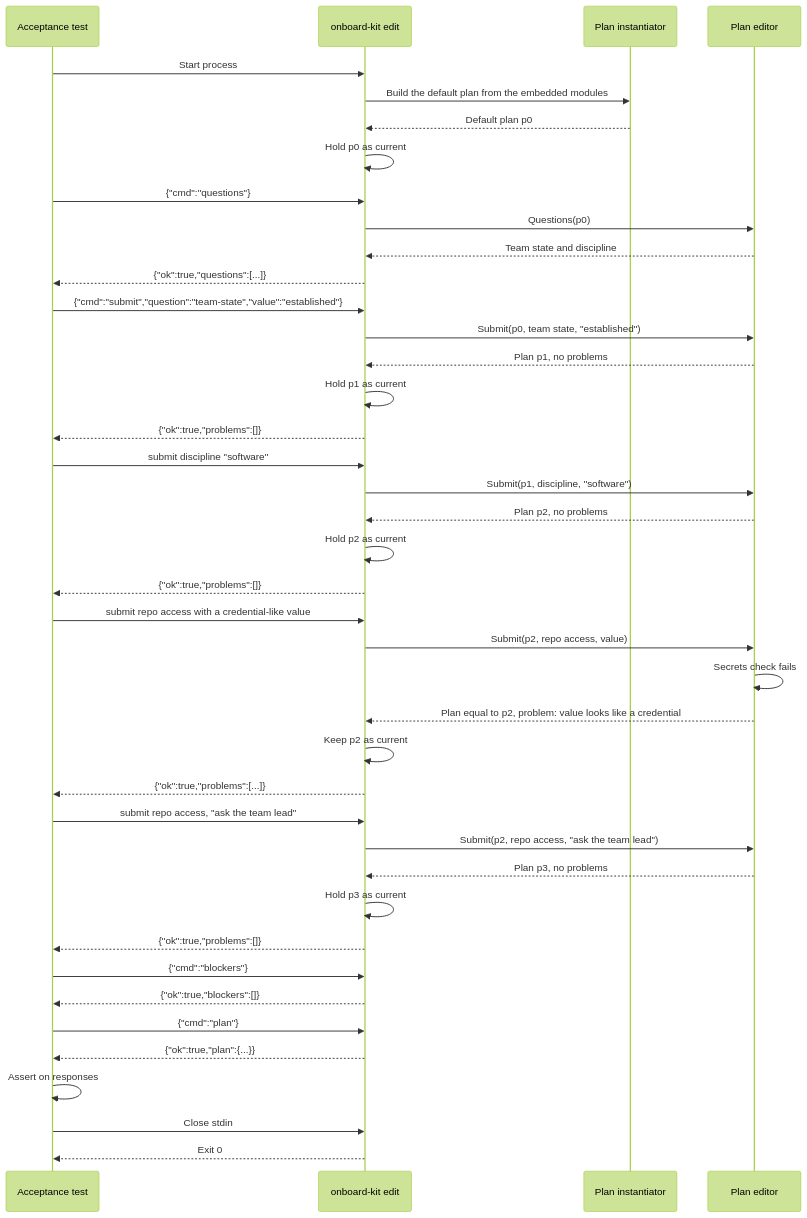
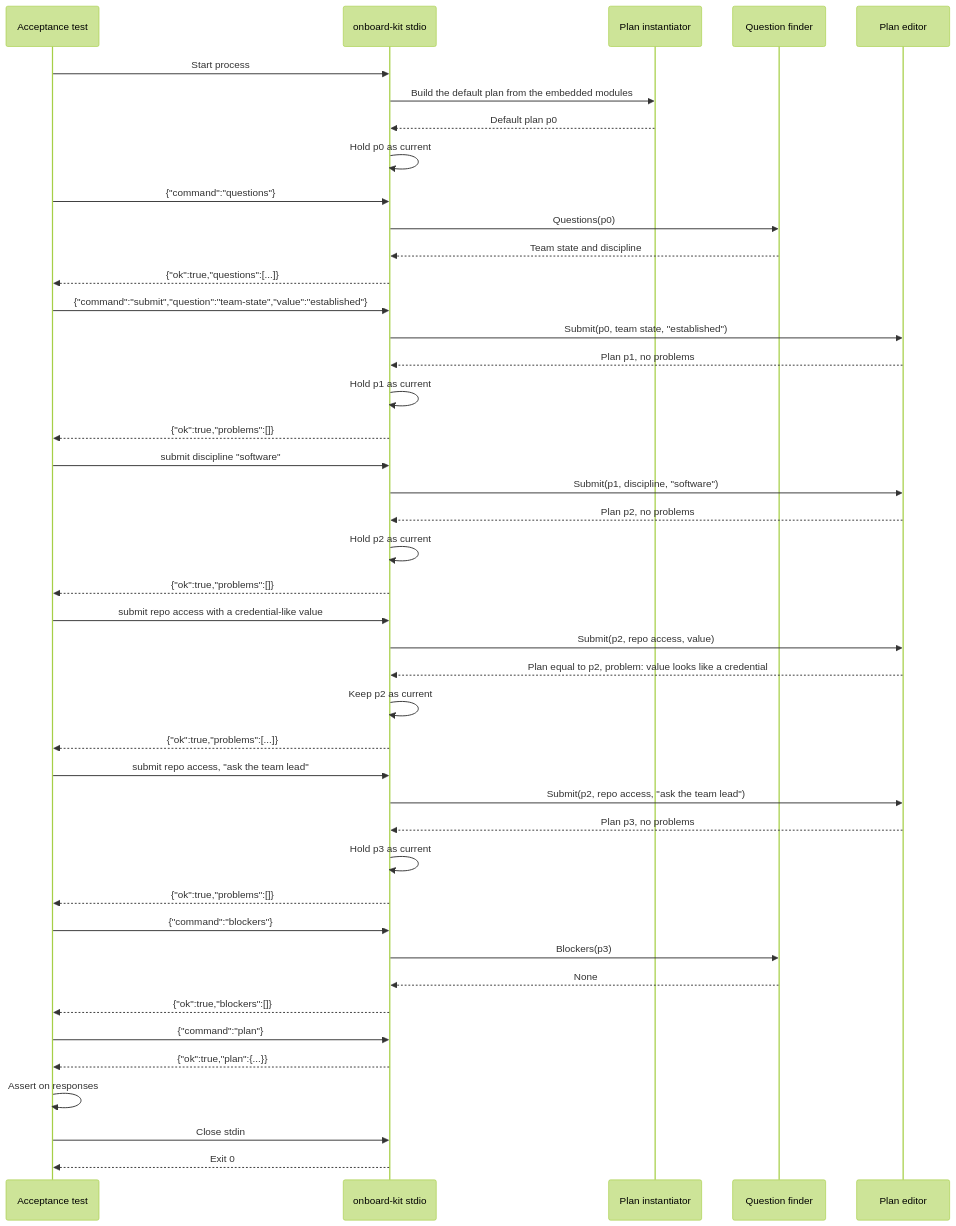
One commit to 8thlight-daveloper/onboard-kit changed the second of 4 diagrams in docs/decisions/0010-plan-editor.md. Above: the diagram before and after it, drawn with Mermaid (forest theme). The commit also changed other lines of this file and 10 other files, not shown here.

````diff
--- a/docs/decisions/0010-plan-editor.md
+++ b/docs/decisions/0010-plan-editor.md
@@ -190,49 +205,51 @@
 ```mermaid
 sequenceDiagram
     participant A as Acceptance test
-    participant P as onboard-kit edit
+    participant P as onboard-kit stdio
     participant I as Plan instantiator
+    participant F as Question finder
     participant E as Plan editor
 
     A->>P: Start process
     P->>I: Build the default plan from the embedded modules
     I-->>P: Default plan p0
     P->>P: Hold p0 as current
 
-    A->>P: {"cmd":"questions"}
-    P->>E: Questions(p0)
-    E-->>P: Team state and discipline
+    A->>P: {"command":"questions"}
+    P->>F: Questions(p0)
+    F-->>P: Team state and discipline
     P-->>A: {"ok":true,"questions":[...]}
-    A->>P: {"cmd":"submit","question":"team-state","value":"established"}
+    A->>P: {"command":"submit","question":"team-state","value":"established"}
     P->>E: Submit(p0, team state, "established")
     E-->>P: Plan p1, no problems
     P->>P: Hold p1 as current
     P-->>A: {"ok":true,"problems":[]}
 
     A->>P: submit discipline "software"
     P->>E: Submit(p1, discipline, "software")
     E-->>P: Plan p2, no problems
     P->>P: Hold p2 as current
     P-->>A: {"ok":true,"problems":[]}
 
     A->>P: submit repo access with a credential-like value
     P->>E: Submit(p2, repo access, value)
-    E->>E: Secrets check fails
     E-->>P: Plan equal to p2, problem: value looks like a credential
     P->>P: Keep p2 as current
     P-->>A: {"ok":true,"problems":[...]}
 
     A->>P: submit repo access, "ask the team lead"
     P->>E: Submit(p2, repo access, "ask the team lead")
     E-->>P: Plan p3, no problems
     P->>P: Hold p3 as current
     P-->>A: {"ok":true,"problems":[]}
 
-    A->>P: {"cmd":"blockers"}
+    A->>P: {"command":"blockers"}
+    P->>F: Blockers(p3)
+    F-->>P: None
     P-->>A: {"ok":true,"blockers":[]}
-    A->>P: {"cmd":"plan"}
+    A->>P: {"command":"plan"}
     P-->>A: {"ok":true,"plan":{...}}
     A->>A: Assert on responses
     A->>P: Close stdin
     P-->>A: Exit 0
 ```
````
